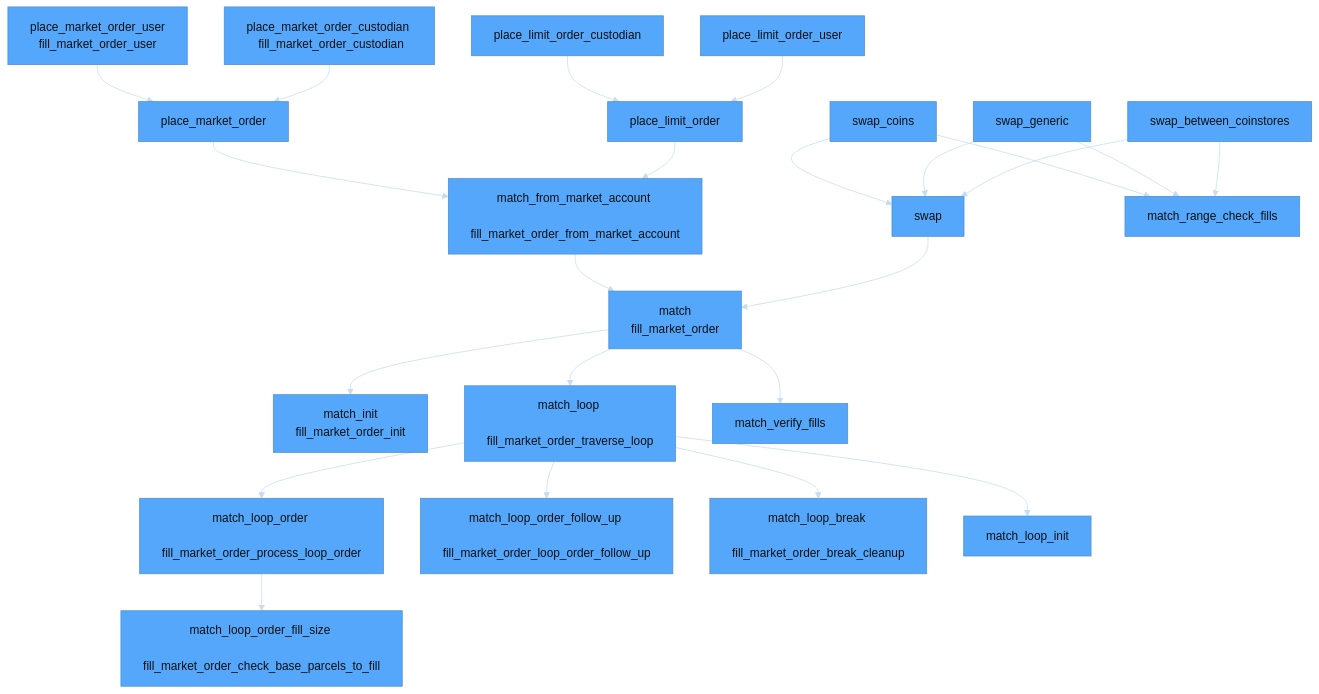
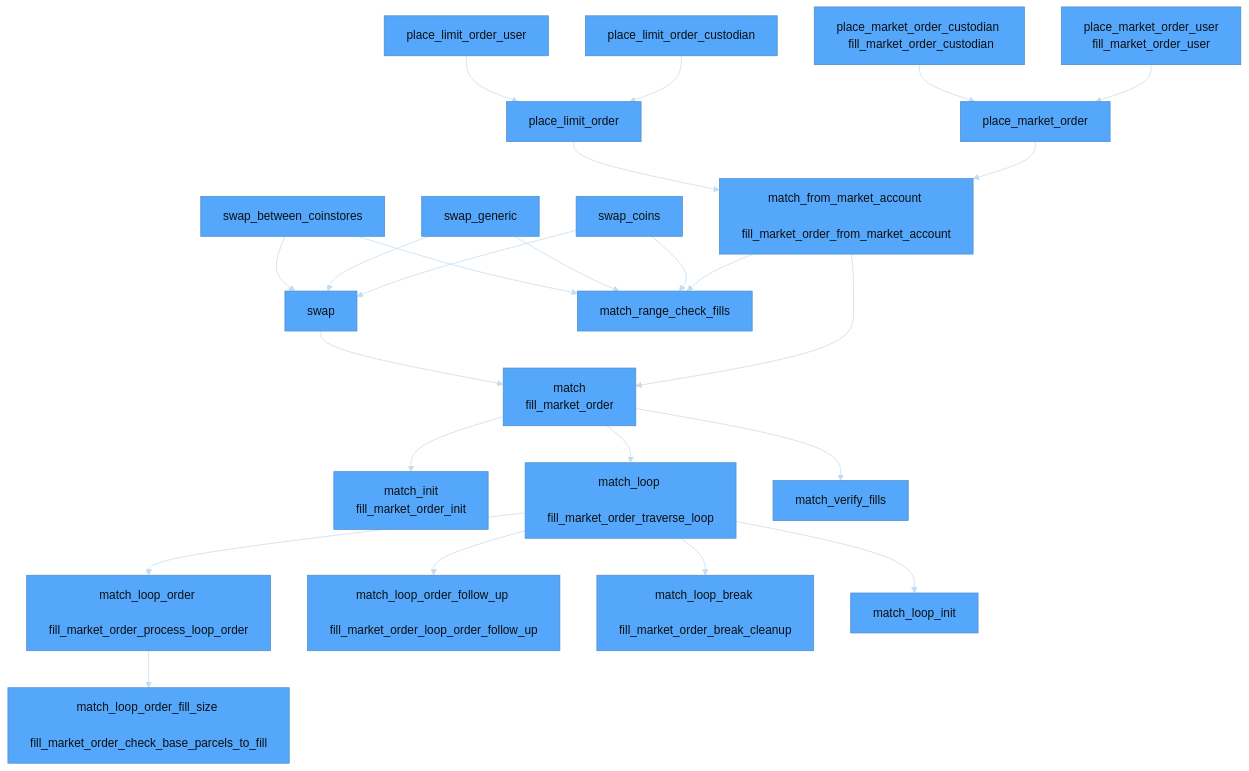
Before and after one commit to econia-labs/econia: the third of 3 diagrams in src/move/econia/dependencies.md, drawn with Mermaid. The commit also changed 3 other files, not shown here.

Commit message:
Add match from market account stub

```diff
--- a/src/move/econia/dependencies.md
+++ b/src/move/econia/dependencies.md
@@ -87,7 +87,7 @@
     class swap_coins implemented;
     class swap_generic implemented
     class match implemented;
-    class match_from_market_account unimplemented;
+    class match_from_market_account partially_implemented;
     class match_init implemented;
     class swap implemented;
     class place_market_order unimplemented;
@@ -123,6 +123,7 @@
     match --> match_init
     match --> match_loop
     match_from_market_account --> match
+    match_from_market_account --> match_range_check_fills
     match_loop_order --> match_loop_order_fill_size
     match_loop --> match_loop_init
     match_loop --> match_loop_order
```
